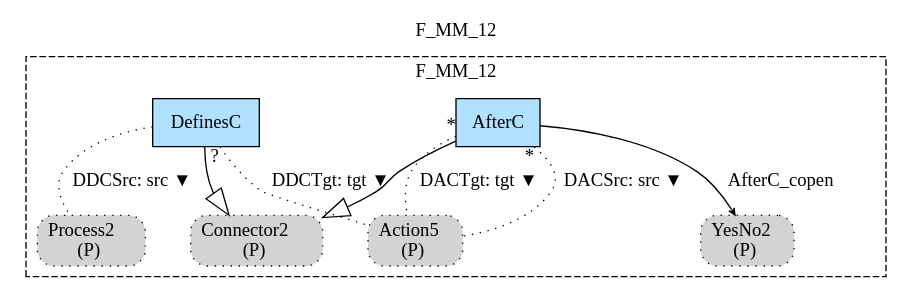
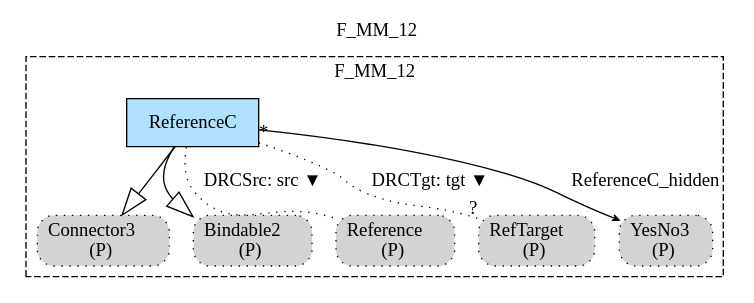
The diagram in Haskell/PCs/MM/img/F_MM_12.gv (namalio/Fragmenta), drawn with Graphviz before and after one commit. The commit also changed 265 other files, not shown here.

```diff
--- a/Haskell/PCs/MM/img/F_MM_12.gv
+++ b/Haskell/PCs/MM/img/F_MM_12.gv
@@ -1,23 +1,22 @@
 digraph {graph[label=F_MM_12,labelloc=tl,labelfontsize=12];
 subgraph cluster_F_MM_12{style=dashed;label=F_MM_12;
-"PConnector2"[shape=box,fillcolor=lightgray,style ="rounded,filled,dotted",label=<Connector2<br/>(P)>];
-"AfterC"[shape=record,fillcolor=lightskyblue1,style = filled,label="AfterC"];
-"DefinesC"[shape=record,fillcolor=lightskyblue1,style = filled,label="DefinesC"];
-"PAction5"[shape=box,fillcolor=lightgray,style ="rounded,filled,dotted",label=<Action5<br/>(P)>];
-"PProcess2"[shape=box,fillcolor=lightgray,style ="rounded,filled,dotted",label=<Process2<br/>(P)>];
-"PYesNo2"[shape=box,fillcolor=lightgray,style ="rounded,filled,dotted",label=<YesNo2<br/>(P)>];
+"ReferenceC"[shape=record,fillcolor=lightskyblue1,style = filled,label="ReferenceC"];
+"PConnector3"[shape=box,fillcolor=lightgray,style ="rounded,filled,dotted",label=<Connector3<br/>(P)>];
+"PBindable2"[shape=box,fillcolor=lightgray,style ="rounded,filled,dotted",label=<Bindable2<br/>(P)>];
+"PReference"[shape=box,fillcolor=lightgray,style ="rounded,filled,dotted",label=<Reference<br/>(P)>];
+"PRefTarget"[shape=box,fillcolor=lightgray,style ="rounded,filled,dotted",label=<RefTarget<br/>(P)>];
+"PYesNo3"[shape=box,fillcolor=lightgray,style ="rounded,filled,dotted",label=<YesNo3<br/>(P)>];
 
-"AfterC"->"PConnector2"[arrowhead=onormal,arrowsize=2.0];
-"DefinesC"->"PConnector2"[arrowhead=onormal,arrowsize=2.0];
-"AfterC"->"PYesNo2"[label="AfterC_copen",arrowhead=vee,headlabel="",arrowsize=.5];
-"DefinesC"->"PProcess2"[label="DDCSrc: src ▼",dir=none,taillabel="",headlabel="",style=dotted];
-"DefinesC"->"PAction5"[label="DDCTgt: tgt ▼",dir=none,taillabel="?",headlabel="",style=dotted];
-"AfterC"->"PAction5"[label="DACSrc: src ▼",dir=none,taillabel="*",headlabel="",style=dotted];
-"AfterC"->"PAction5"[label="DACTgt: tgt ▼",dir=none,taillabel="*",headlabel="",style=dotted];
+"ReferenceC"->"PConnector3"[arrowhead=onormal,arrowsize=2.0];
+"ReferenceC"->"PBindable2"[arrowhead=onormal,arrowsize=2.0];
+"ReferenceC"->"PYesNo3"[label="ReferenceC_hidden",arrowhead=vee,headlabel="",arrowsize=.5];
+"ReferenceC"->"PReference"[label="DRCSrc: src ▼",dir=none,taillabel="",headlabel="",style=dotted];
+"ReferenceC"->"PRefTarget"[label="DRCTgt: tgt ▼",dir=none,taillabel="*",headlabel="?",style=dotted];
 
 }
 
 
 
 
+
 }
```
